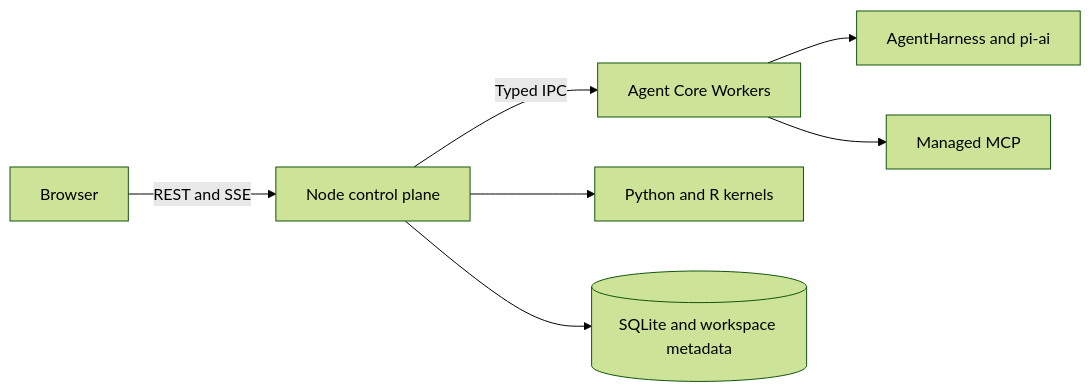
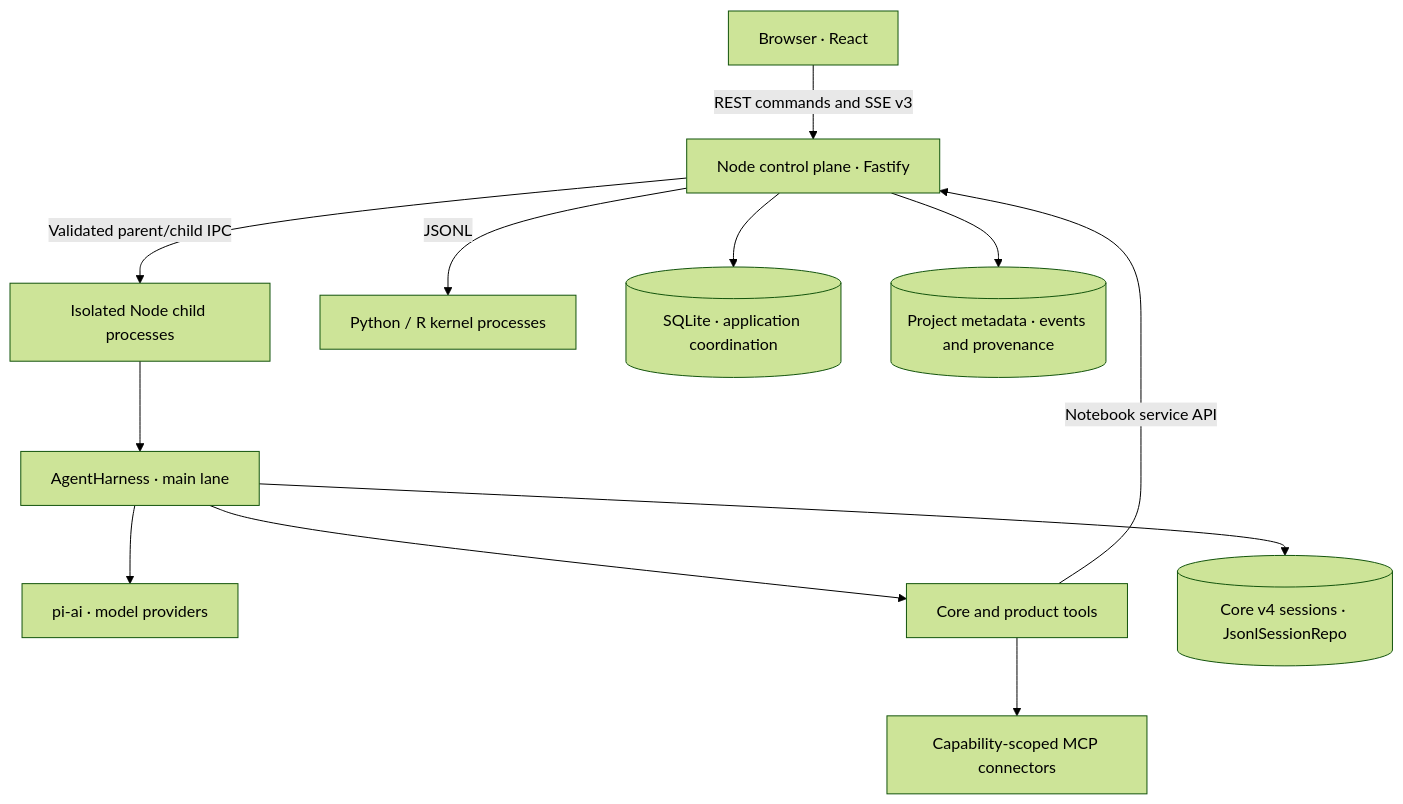
The first of 2 diagrams in docs/architecture.md (Garhorne0813/pi-science), drawn with Mermaid (forest theme) before and after one commit. The commit also changed other lines of this file and 5 other files, not shown here.

Commit message:
Clarify README onboarding and Core-first architecture documentation

````diff
--- a/docs/architecture.md
+++ b/docs/architecture.md
@@ -11,9 +11,14 @@
 ```mermaid
-flowchart LR
-    UI[Browser] -->|REST and SSE| CP[Node control plane]
-    CP -->|Typed IPC| W[Agent Core Workers]
-    W --> SDK[AgentHarness and pi-ai]
-    W --> MCP[Managed MCP]
-    CP --> K[Python and R kernels]
-    CP --> DB[(SQLite and workspace metadata)]
+flowchart TB
+    UI["Browser · React"] -->|REST commands and SSE v3| CP["Node control plane · Fastify"]
+    CP -->|Validated parent/child IPC| W["Isolated Node child processes"]
+    W --> H["AgentHarness · main lane"]
+    H --> AI["pi-ai · model providers"]
+    H --> T["Core and product tools"]
+    T --> MCP["Capability-scoped MCP connectors"]
+    T -->|Notebook service API| CP
+    H --> S[("Core v4 sessions · JsonlSessionRepo")]
+    CP -->|JSONL| K["Python / R kernel processes"]
+    CP --> DB[("SQLite · application coordination")]
+    CP --> P[("Project metadata · events and provenance")]
 ```
````
